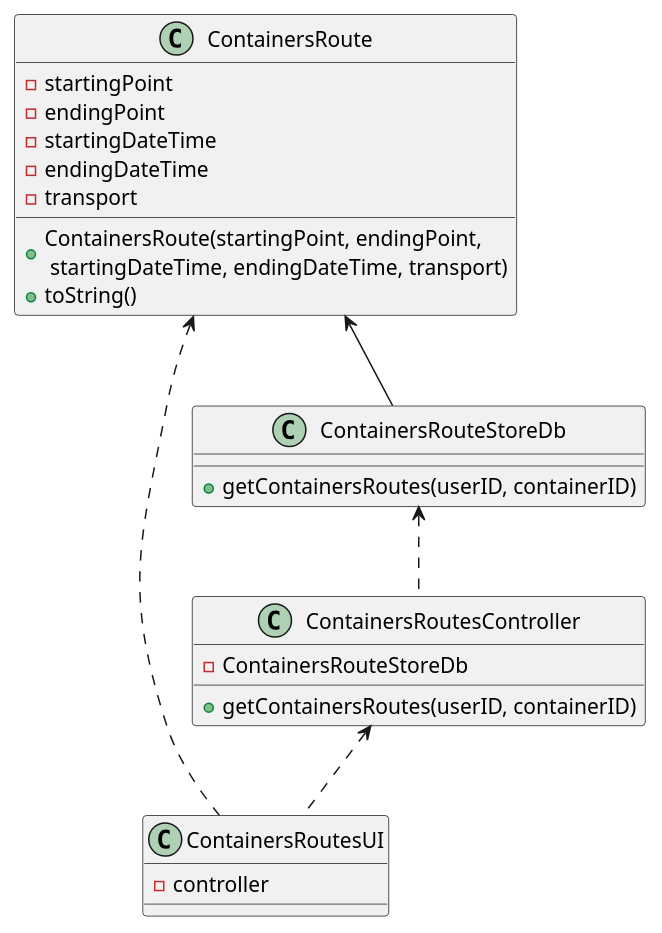
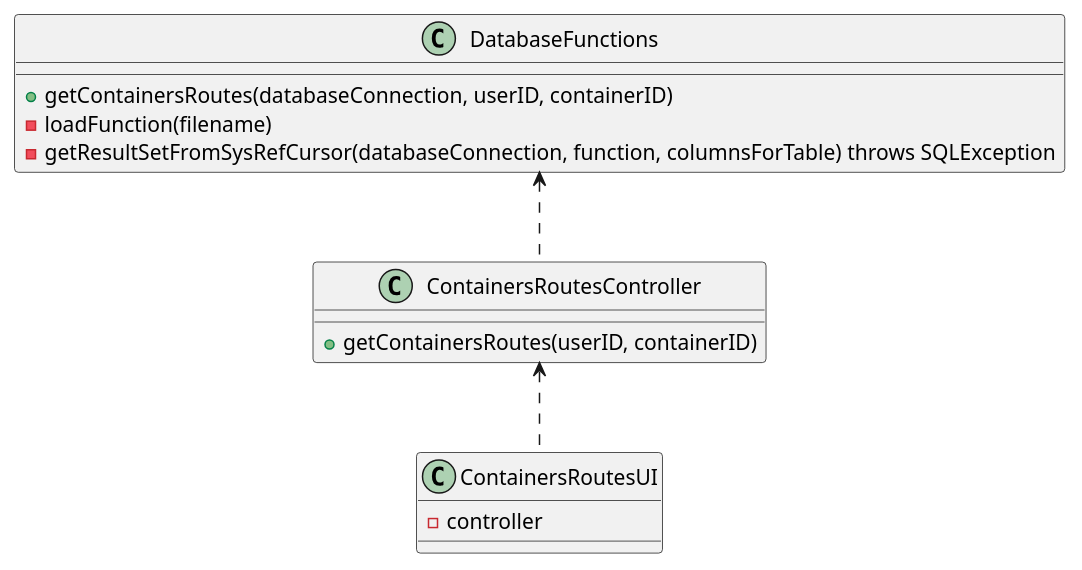
One commit to 1190772/LAB-Project-3 changed the diagram in docs/Sprint 3/US/US305/US305_CD.puml. Above: the diagram before and after it, drawn with PlantUML. The commit also changed 6 other files, not shown here.

```diff
--- a/docs/Sprint 3/US/US305/US305_CD.puml
+++ b/docs/Sprint 3/US/US305/US305_CD.puml
@@ -1,33 +1,23 @@
 @startuml
 'https://plantuml.com/class-diagram
 
 class ContainersRoutesUI {
 - controller
 }
 
 class ContainersRoutesController {
-- ContainersRouteStoreDb
 + getContainersRoutes(userID, containerID)
 }
 
-class ContainersRouteStoreDb {
-+ getContainersRoutes(userID, containerID)
+class DatabaseFunctions {
++ getContainersRoutes(databaseConnection, userID, containerID)
+- loadFunction(filename)
+- getResultSetFromSysRefCursor(databaseConnection, function, columnsForTable) throws SQLException
 }
 
-class ContainersRoute {
-- startingPoint
-- endingPoint
-- startingDateTime
-- endingDateTime
-- transport
 
-+ ContainersRoute(startingPoint, endingPoint,\n startingDateTime, endingDateTime, transport)
-+ toString()
-}
 
 ContainersRoutesController <.. ContainersRoutesUI
-ContainersRouteStoreDb <.. ContainersRoutesController
-ContainersRoute <-- ContainersRouteStoreDb
-ContainersRoute <.. ContainersRoutesUI
+DatabaseFunctions <.. ContainersRoutesController
 
 @enduml
```
